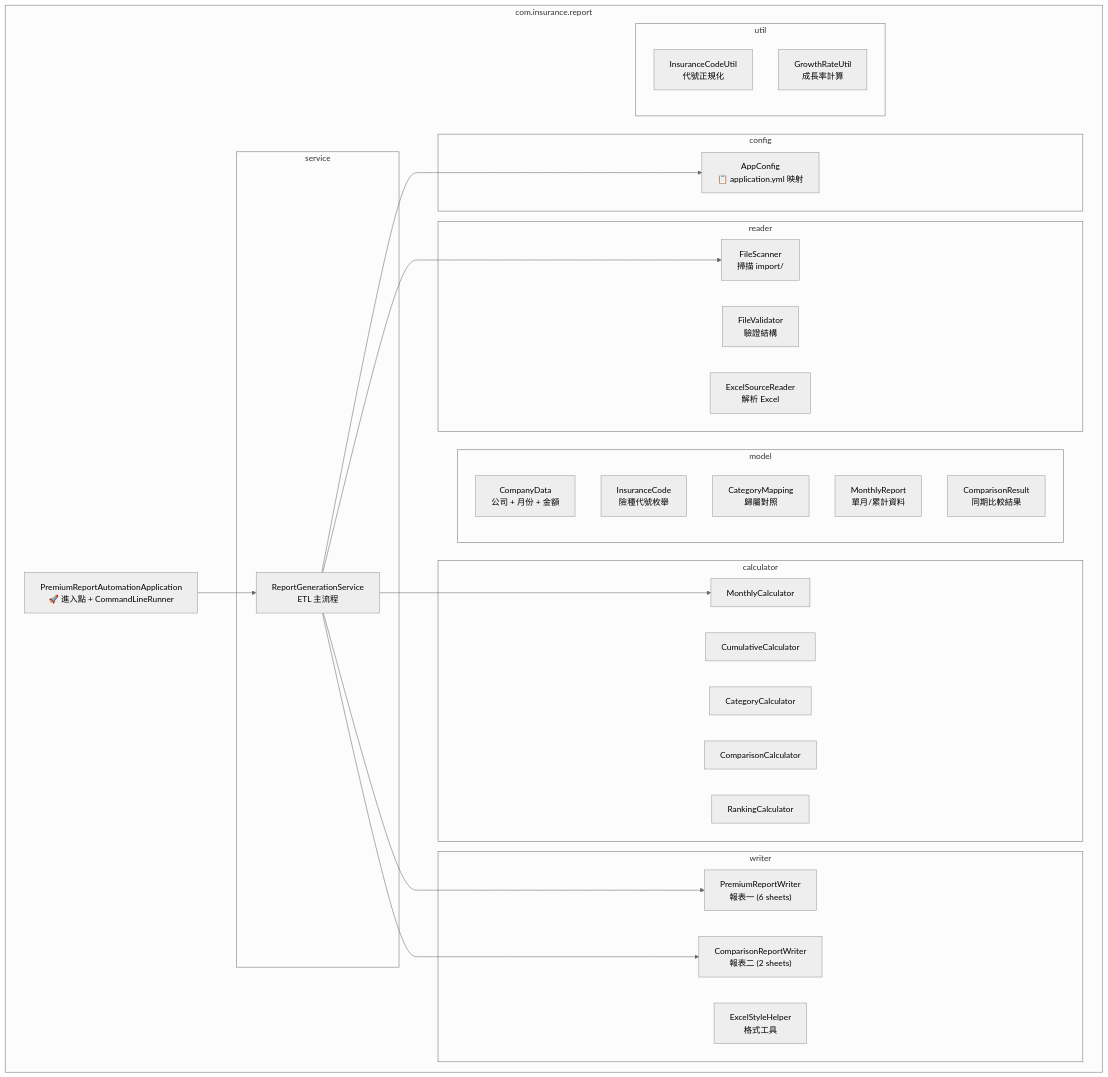
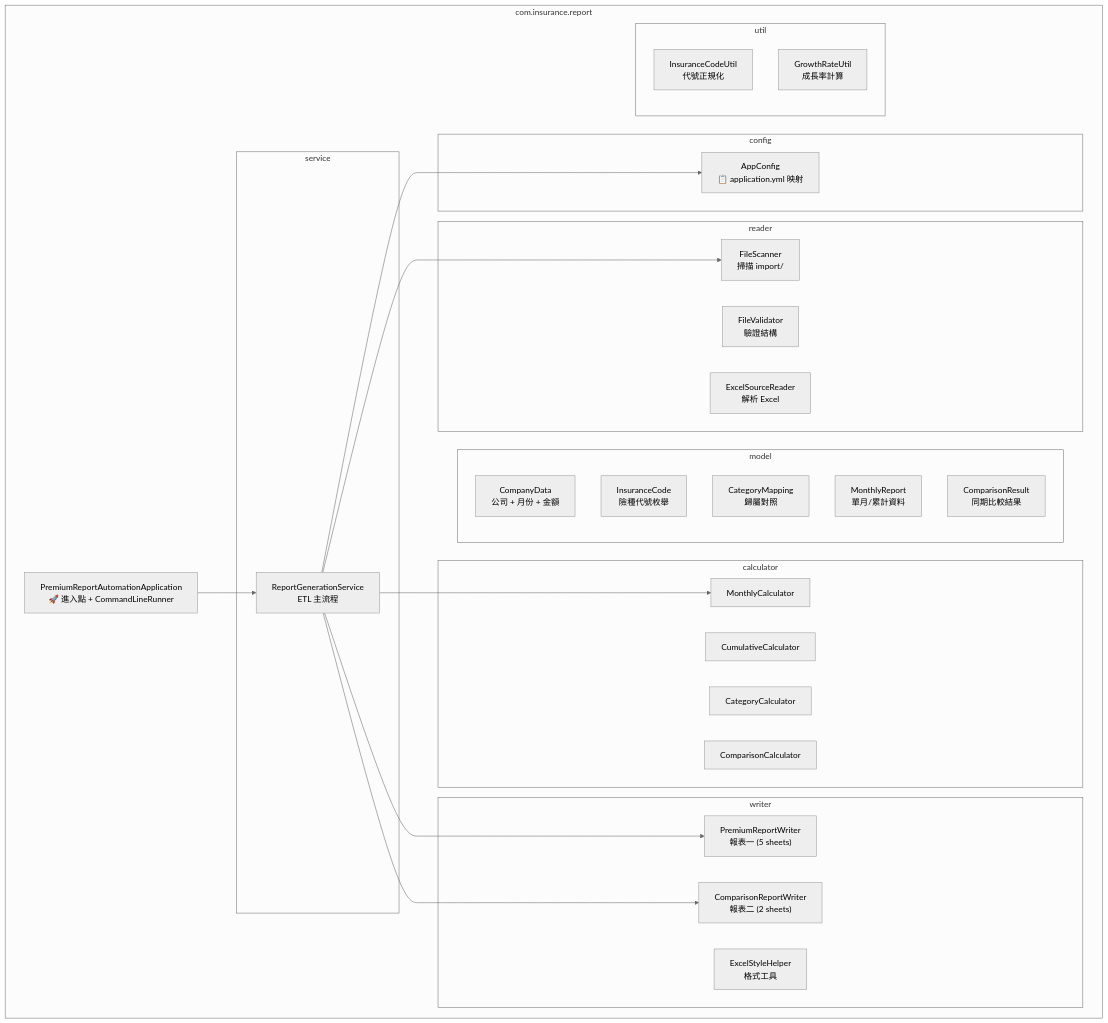
Before and after one commit to seawaterfoods/premium-report-automation: the fifth of 5 diagrams in docs/architecture.md, drawn with Mermaid (neutral theme). The commit also changed other lines of this file and 2 other files, not shown here.

First line of the commit message:
docs: 新增操作手冊 + 更新 README 和架構圖

````diff
--- a/docs/architecture.md
+++ b/docs/architecture.md
@@ -236,54 +227,53 @@
 ```mermaid
 graph TB
     subgraph com.insurance.report
         APP["PremiumReportAutomationApplication<br/>🚀 進入點 + CommandLineRunner"]
         
         subgraph config
             AC["AppConfig<br/>📋 application.yml 映射"]
         end
         
         subgraph model
             M1["CompanyData<br/>公司 + 月份 + 金額"]
             M2["InsuranceCode<br/>險種代號枚舉"]
             M3["CategoryMapping<br/>歸屬對照"]
             M4["MonthlyReport<br/>單月/累計資料"]
             M5["ComparisonResult<br/>同期比較結果"]
         end
         
         subgraph reader
             R1["FileScanner<br/>掃描 import/"]
             R2["FileValidator<br/>驗證結構"]
             R3["ExcelSourceReader<br/>解析 Excel"]
         end
         
         subgraph calculator
             C1["MonthlyCalculator"]
             C2["CumulativeCalculator"]
             C3["CategoryCalculator"]
             C4["ComparisonCalculator"]
-            C5["RankingCalculator"]
         end
         
         subgraph writer
-            W1["PremiumReportWriter<br/>報表一 (6 sheets)"]
+            W1["PremiumReportWriter<br/>報表一 (5 sheets)"]
             W2["ComparisonReportWriter<br/>報表二 (2 sheets)"]
             W3["ExcelStyleHelper<br/>格式工具"]
         end
         
         subgraph service
             SVC["ReportGenerationService<br/>ETL 主流程"]
         end
         
         subgraph util
             U1["InsuranceCodeUtil<br/>代號正規化"]
             U2["GrowthRateUtil<br/>成長率計算"]
         end
     end
     
     APP --> SVC
     SVC --> AC
     SVC --> R1
     SVC --> C1
     SVC --> W1
     SVC --> W2
 ```
````
